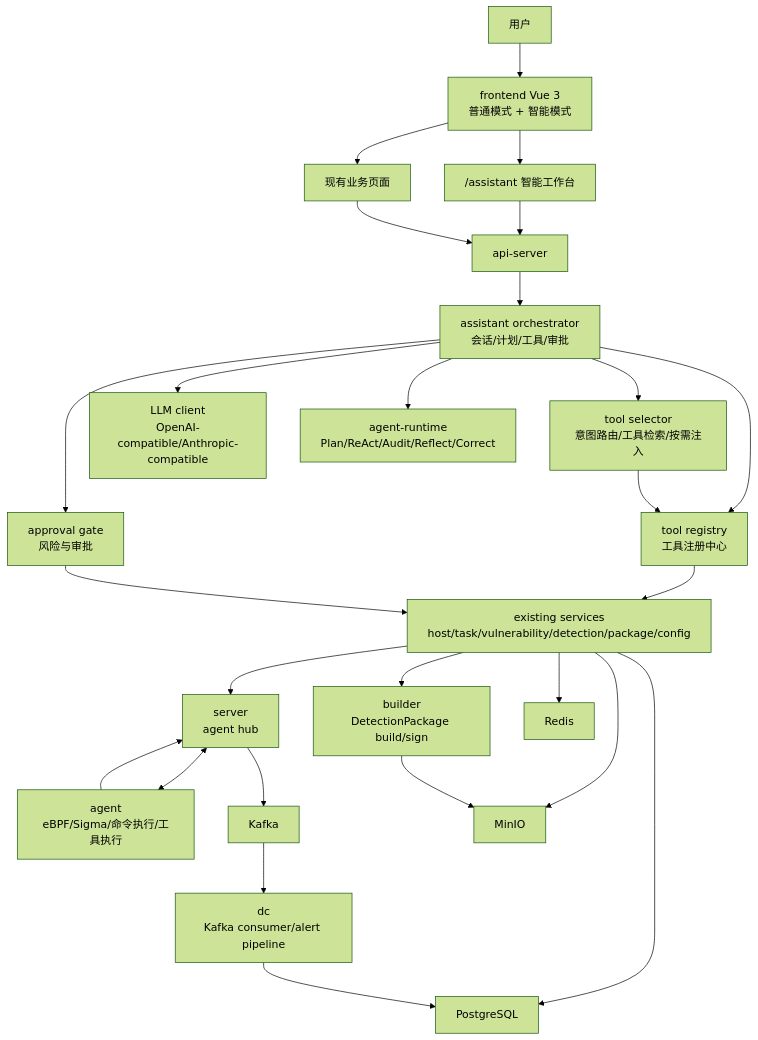
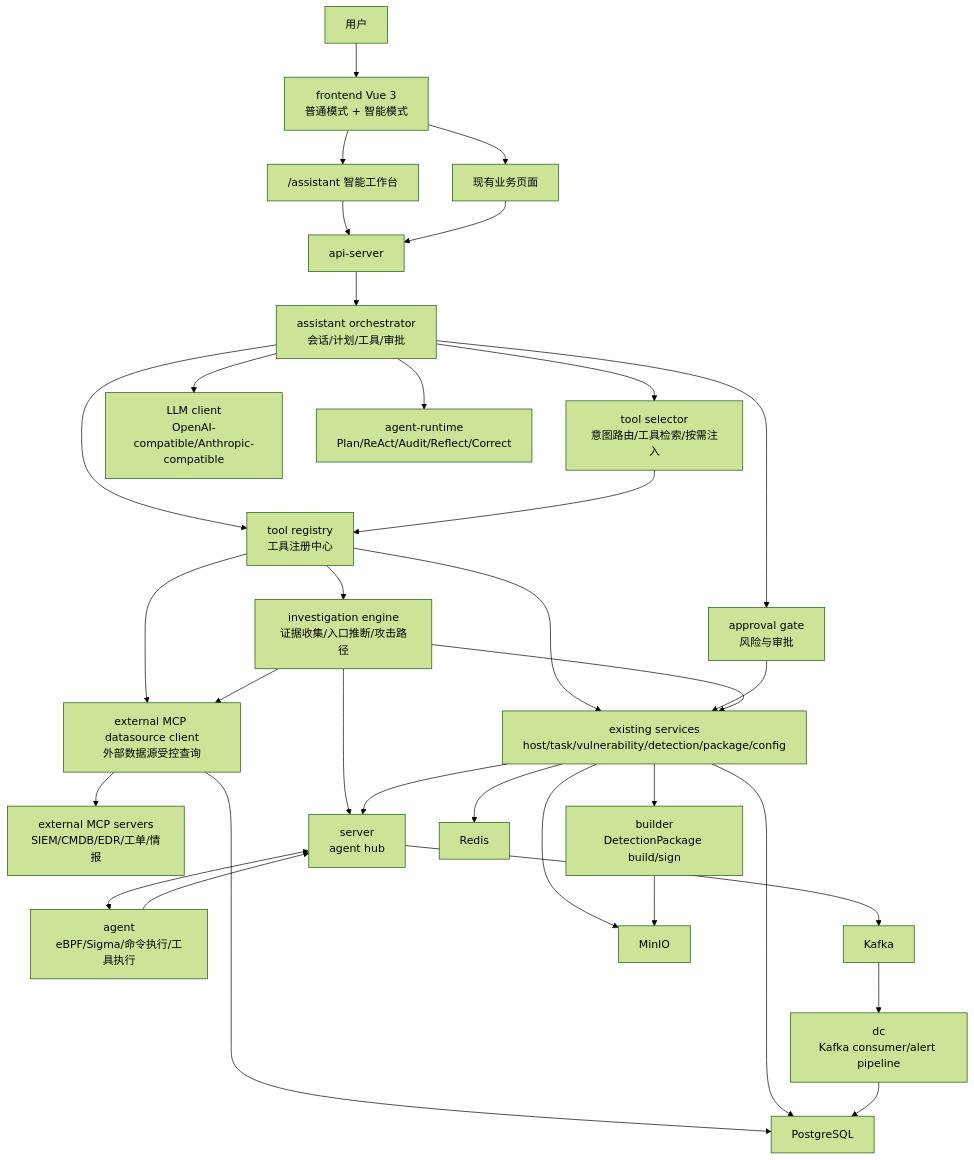
The first of 6 diagrams in docs/aegis_system_design_v6.0/overall_architecture_design_v6.0.md (alex-chenc/aegis), drawn with Mermaid (forest theme) before and after one commit. The commit also changed other lines of this file and 10 other files, not shown here.

````diff
--- a/docs/aegis_system_design_v6.0/overall_architecture_design_v6.0.md
+++ b/docs/aegis_system_design_v6.0/overall_architecture_design_v6.0.md
@@ -19,54 +21,64 @@
 ```mermaid
 flowchart TB
   User["用户"]
   Frontend["frontend Vue 3<br/>普通模式 + 智能模式"]
   AssistantUI["/assistant 智能工作台"]
   NormalUI["现有业务页面"]
 
   APIServer["api-server"]
   Assistant["assistant orchestrator<br/>会话/计划/工具/审批"]
   ToolRegistry["tool registry<br/>工具注册中心"]
   ToolSelector["tool selector<br/>意图路由/工具检索/按需注入"]
   ApprovalGate["approval gate<br/>风险与审批"]
   BusinessServices["existing services<br/>host/task/vulnerability/detection/package/config"]
+  InvestigationEngine["investigation engine<br/>证据收集/入口推断/攻击路径"]
+  ExternalMCP["external MCP datasource client<br/>外部数据源受控查询"]
+  ExternalMCPServer["external MCP servers<br/>SIEM/CMDB/EDR/工单/情报"]
   LLM["LLM client<br/>OpenAI-compatible/Anthropic-compatible"]
   Runtime["agent-runtime<br/>Plan/ReAct/Audit/Reflect/Correct"]
 
   Server["server<br/>agent hub"]
   Agent["agent<br/>eBPF/Sigma/命令执行/工具执行"]
   DC["dc<br/>Kafka consumer/alert pipeline"]
   Builder["builder<br/>DetectionPackage build/sign"]
 
   PG["PostgreSQL"]
   Redis["Redis"]
   Kafka["Kafka"]
   MinIO["MinIO"]
 
   User --> Frontend
   Frontend --> AssistantUI
   Frontend --> NormalUI
   AssistantUI --> APIServer
   NormalUI --> APIServer
 
   APIServer --> Assistant
   Assistant --> Runtime
   Assistant --> LLM
   Assistant --> ToolRegistry
   Assistant --> ToolSelector
   Assistant --> ApprovalGate
   ToolSelector --> ToolRegistry
   ToolRegistry --> BusinessServices
+  ToolRegistry --> InvestigationEngine
+  ToolRegistry --> ExternalMCP
   ApprovalGate --> BusinessServices
+  InvestigationEngine --> BusinessServices
+  InvestigationEngine --> Server
+  InvestigationEngine --> ExternalMCP
+  ExternalMCP --> ExternalMCPServer
+  ExternalMCP --> PG
   BusinessServices --> PG
   BusinessServices --> Redis
   BusinessServices --> MinIO
   BusinessServices --> Server
   BusinessServices --> Builder
 
   Server <--> Agent
   Agent --> Server
   Server --> Kafka
   Kafka --> DC
   DC --> PG
   Builder --> MinIO
 ```
````
